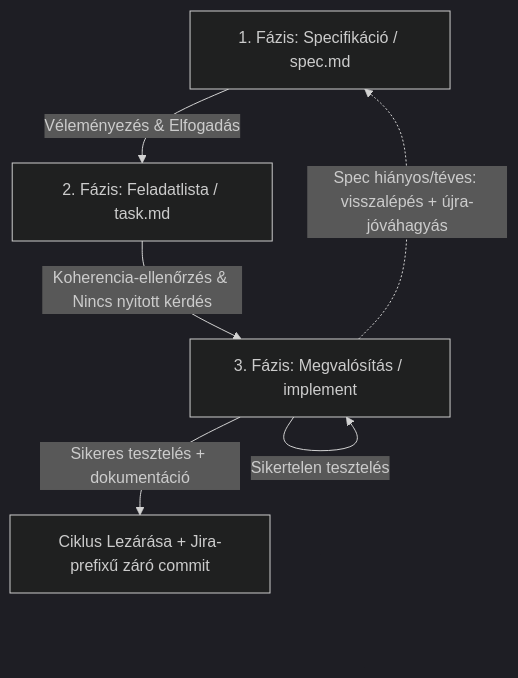
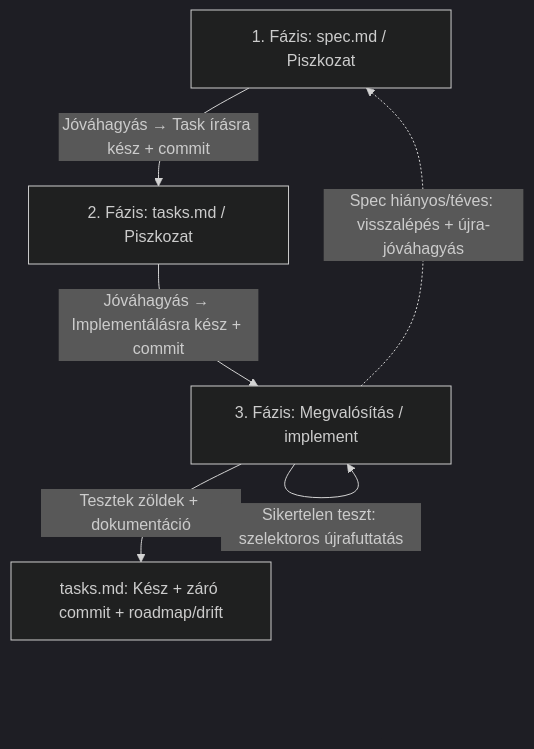
Before and after one commit to berkiadam/berkispec: the diagram in prompts/skills-hu/quick-flow.md, drawn with Mermaid (dark theme). The commit also changed other lines of this file and 25 other files, not shown here.

````diff
--- a/prompts/skills-hu/quick-flow.md
+++ b/prompts/skills-hu/quick-flow.md
@@ -98,8 +140,8 @@
 ```mermaid
 graph TD
-    A[1. Fázis: Specifikáció / spec.md] -->|Véleményezés & Elfogadás| B[2. Fázis: Feladatlista / task.md]
-    B -->|Koherencia-ellenőrzés & Nincs nyitott kérdés| C[3. Fázis: Megvalósítás / implement]
-    C -->|Sikeres tesztelés + dokumentáció| D[Ciklus Lezárása + Jira-prefixű záró commit]
-    C -->|Sikertelen tesztelés| C
+    A[1. Fázis: spec.md / Piszkozat] -->|Jóváhagyás → Task írásra kész + commit| B[2. Fázis: tasks.md / Piszkozat]
+    B -->|Jóváhagyás → Implementálásra kész + commit| C[3. Fázis: Megvalósítás / implement]
+    C -->|Tesztek zöldek + dokumentáció| D[tasks.md: Kész + záró commit + roadmap/drift]
+    C -->|Sikertelen teszt: szelektoros újrafuttatás| C
     C -.->|Spec hiányos/téves: visszalépés + újra-jóváhagyás| A
 ```
````
